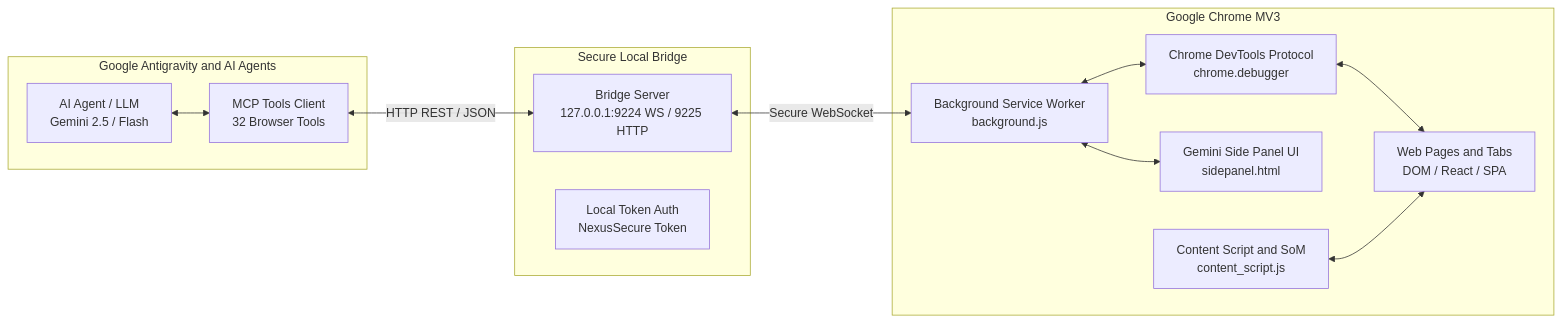
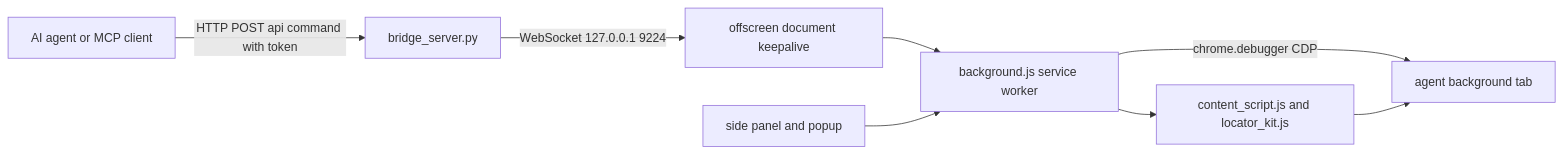
Before and after one commit to pironjulien/NexusBrowser: the diagram in README.md, drawn with Mermaid. The commit also changed other lines of this file and 7 other files, not shown here.

Commit message:
Update to Antigravity Browser Bridge 2.2.0: strict role/label locators, trusted CDP mouse and typing, cross-origin iframes, network log, downloads, dialog handling; add offline extension tests, rewrite README

````diff
--- a/README.md
+++ b/README.md
@@ -70,28 +98,10 @@
 ```mermaid
 flowchart LR
-    subgraph Antigravity ["Google Antigravity and AI Agents"]
-        Agent["AI Agent / LLM<br/>Gemini 2.5 / Flash"]
-        MCP["MCP Tools Client<br/>32 Browser Tools"]
-    end
-
-    subgraph Bridge ["Secure Local Bridge"]
-        Server["Bridge Server<br/>127.0.0.1:9224 WS / 9225 HTTP"]
-        TokenAuth["Local Token Auth<br/>NexusSecure Token"]
-    end
-
-    subgraph Chrome ["Google Chrome MV3"]
-        SW["Background Service Worker<br/>background.js"]
-        CDP["Chrome DevTools Protocol<br/>chrome.debugger"]
-        SidePanel["Gemini Side Panel UI<br/>sidepanel.html"]
-        ContentScript["Content Script and SoM<br/>content_script.js"]
-        Tabs["Web Pages and Tabs<br/>DOM / React / SPA"]
-    end
-
-    Agent <--> MCP
-    MCP <-->|"HTTP REST / JSON"| Server
-    Server <-->|"Secure WebSocket"| SW
-    SW <--> CDP
-    SW <--> SidePanel
-    CDP <--> Tabs
-    ContentScript <--> Tabs
+    Agent["AI agent or MCP client"] -->|"HTTP POST api command with token"| Server["bridge_server.py"]
+    Server -->|"WebSocket 127.0.0.1 9224"| Offscreen["offscreen document keepalive"]
+    Offscreen --> SW["background.js service worker"]
+    SW -->|"chrome.debugger CDP"| Tab["agent background tab"]
+    SW --> Content["content_script.js and locator_kit.js"]
+    Content --> Tab
+    Panel["side panel and popup"] --> SW
 ```
````
